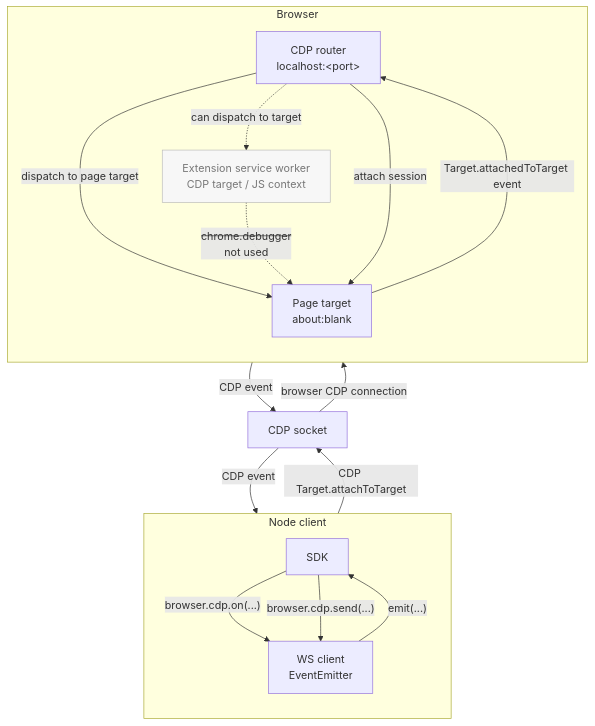
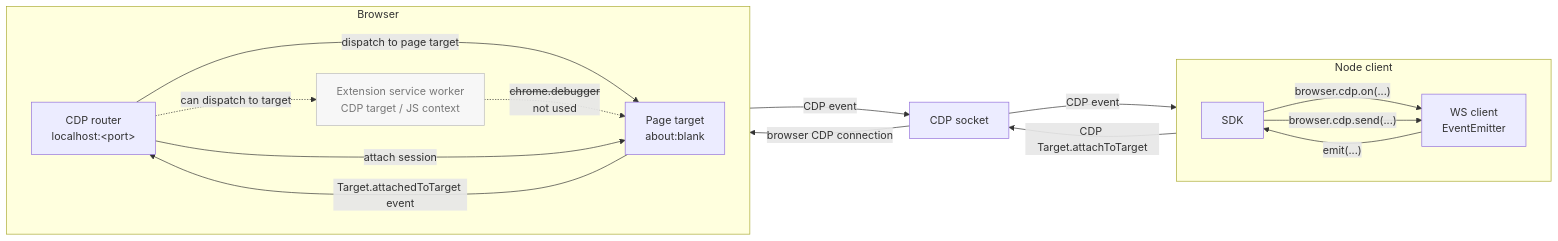
One commit to pirate/chrome-cdp-extension-bridge changed the second of 4 diagrams in README.md. Above: the diagram before and after it, drawn with Mermaid. The commit also changed other lines of this file, not shown here.

Commit message:
Restore flowchart diagram structure

````diff
--- a/README.md
+++ b/README.md
@@ -73,33 +73,33 @@
 ```mermaid
-flowchart TB
+flowchart LR
   subgraph Node["Node client"]
-    direction TB
+    direction LR
     SDK["SDK"]
     WS["WS client<br/>EventEmitter"]
     SDK -->|"browser.cdp.on(...)"| WS
     SDK -->|"browser.cdp.send(...)"| WS
   end
 
-  Socket["CDP socket"]
-
   subgraph Browser["Browser"]
-    direction TB
+    direction LR
     CDP["CDP router<br/>localhost:&lt;port&gt;"]
     SW["Extension service worker<br/>CDP target / JS context"]
     Page["Page target<br/>about:blank"]
     CDP -. "can dispatch to target" .-> SW
     CDP -->|"dispatch to page target"| Page
     SW -. "<s>chrome.debugger</s><br/>not used" .-> Page
   end
+
+  Socket["CDP socket"]
 
   WS -->|"CDP Target.attachToTarget"| Socket
   Socket -->|"browser CDP connection"| CDP
   CDP -->|"attach session"| Page
   Page -->|"Target.attachedToTarget event"| CDP
   CDP -->|"CDP event"| Socket
   Socket -->|"CDP event"| WS
   WS -->|"emit(...)"| SDK
 
   classDef idle fill:#f7f7f7,stroke:#bbb,color:#777;
   class SW idle;
 ```
````
